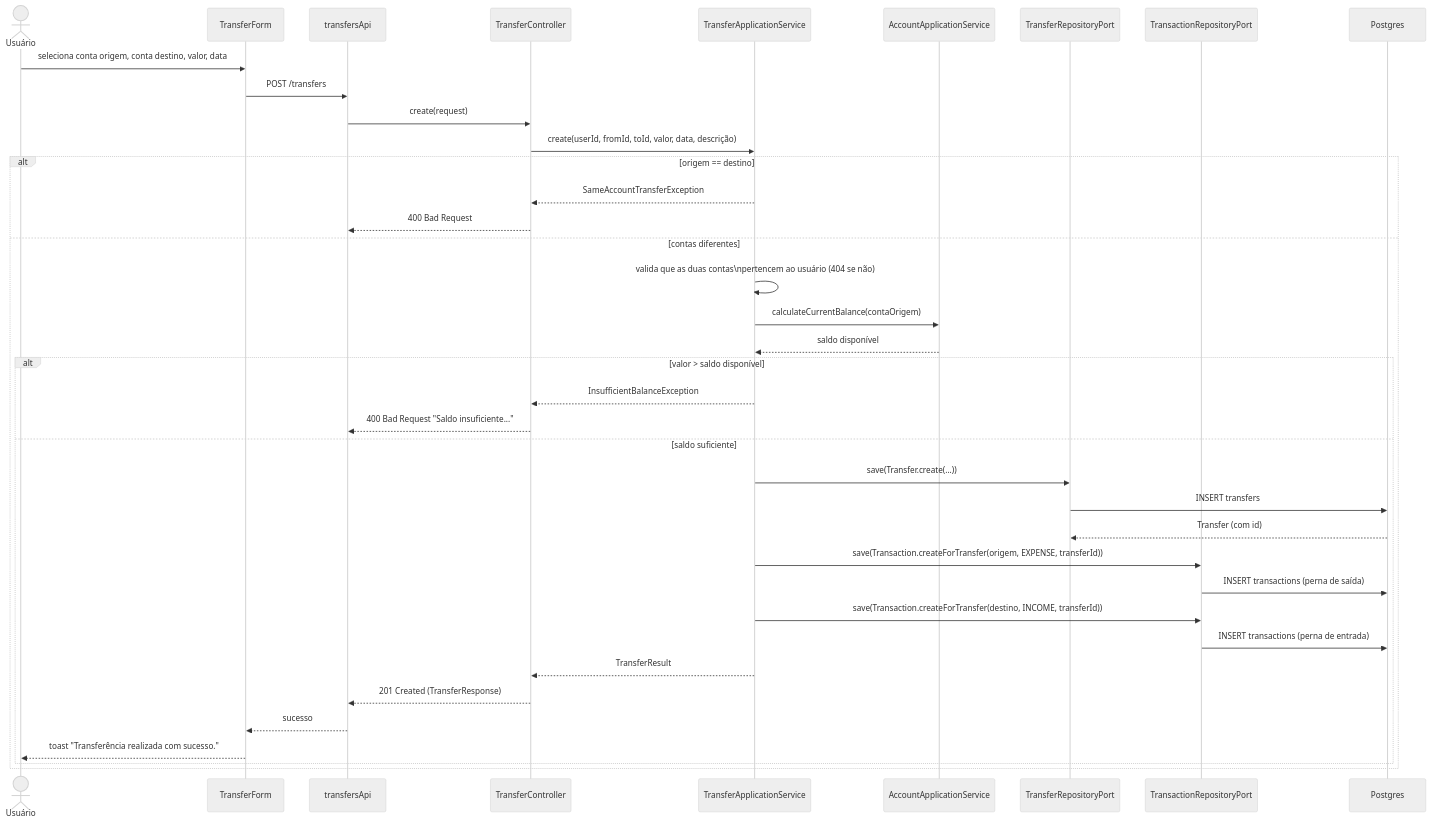
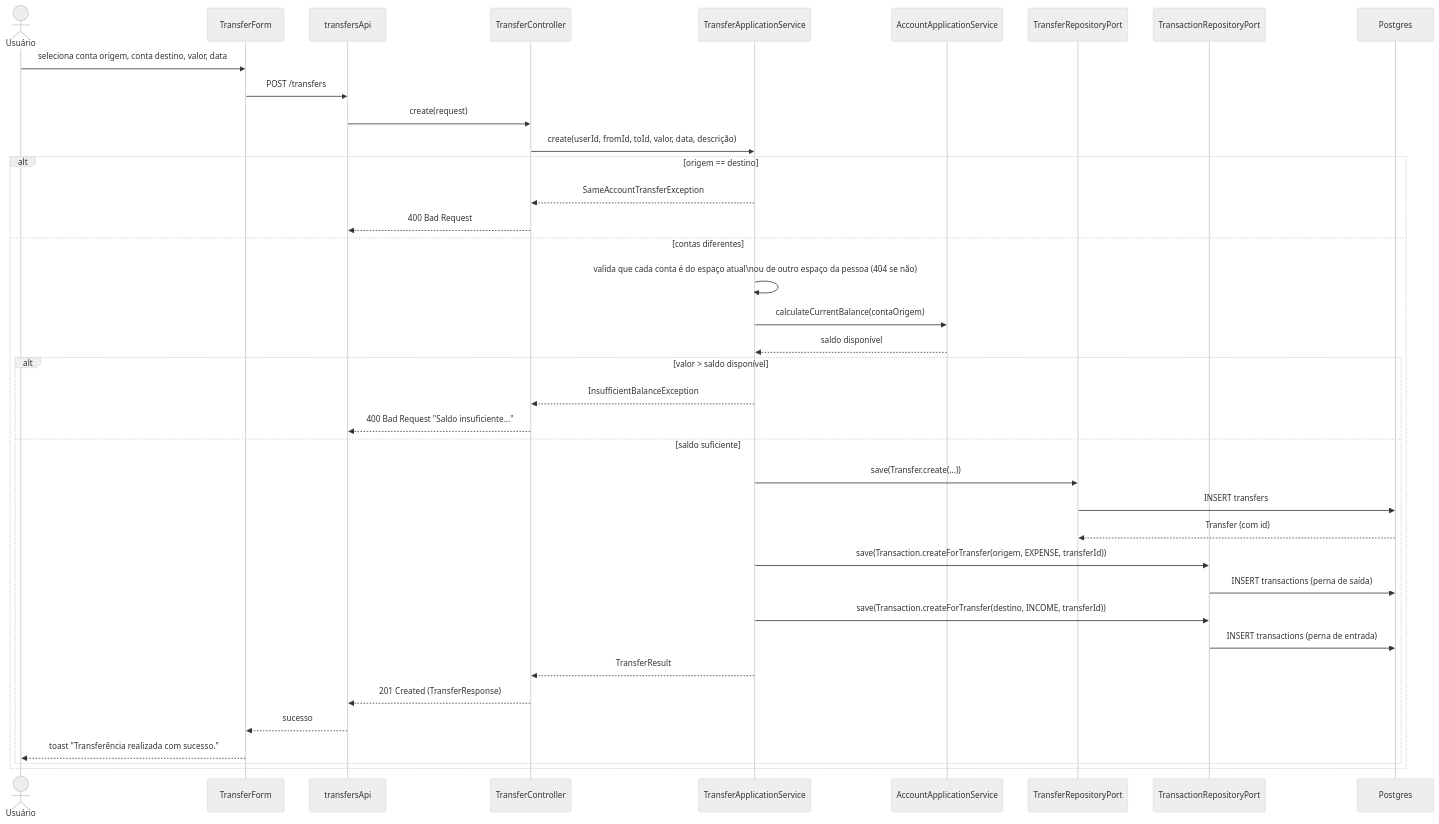
Before and after one commit to leozztto/LmfFinPro: the second of 5 diagrams in docs/tecnica/fluxo-transferencias.md, drawn with Mermaid (neutral theme). The commit also changed other lines of this file and 5 other files, not shown here.

````diff
--- a/docs/tecnica/fluxo-transferencias.md
+++ b/docs/tecnica/fluxo-transferencias.md
@@ -85,45 +88,45 @@
 ```mermaid
 sequenceDiagram
     actor U as Usuário
     participant Form as TransferForm
     participant API as transfersApi
     participant Ctrl as TransferController
     participant Svc as TransferApplicationService
     participant AccSvc as AccountApplicationService
     participant Repo as TransferRepositoryPort
     participant TxRepo as TransactionRepositoryPort
     participant DB as Postgres
 
     U->>Form: seleciona conta origem, conta destino, valor, data
     Form->>API: POST /transfers
     API->>Ctrl: create(request)
     Ctrl->>Svc: create(userId, fromId, toId, valor, data, descrição)
 
     alt origem == destino
         Svc-->>Ctrl: SameAccountTransferException
         Ctrl-->>API: 400 Bad Request
     else contas diferentes
-        Svc->>Svc: valida que as duas contas\npertencem ao usuário (404 se não)
+        Svc->>Svc: valida que cada conta é do espaço atual\nou de outro espaço da pessoa (404 se não)
         Svc->>AccSvc: calculateCurrentBalance(contaOrigem)
         AccSvc-->>Svc: saldo disponível
 
         alt valor > saldo disponível
             Svc-->>Ctrl: InsufficientBalanceException
             Ctrl-->>API: 400 Bad Request "Saldo insuficiente..."
         else saldo suficiente
             Svc->>Repo: save(Transfer.create(...))
             Repo->>DB: INSERT transfers
             DB-->>Repo: Transfer (com id)
 
             Svc->>TxRepo: save(Transaction.createForTransfer(origem, EXPENSE, transferId))
             TxRepo->>DB: INSERT transactions (perna de saída)
             Svc->>TxRepo: save(Transaction.createForTransfer(destino, INCOME, transferId))
             TxRepo->>DB: INSERT transactions (perna de entrada)
 
             Svc-->>Ctrl: TransferResult
             Ctrl-->>API: 201 Created (TransferResponse)
             API-->>Form: sucesso
             Form-->>U: toast "Transferência realizada com sucesso."
         end
     end
 ```
````
